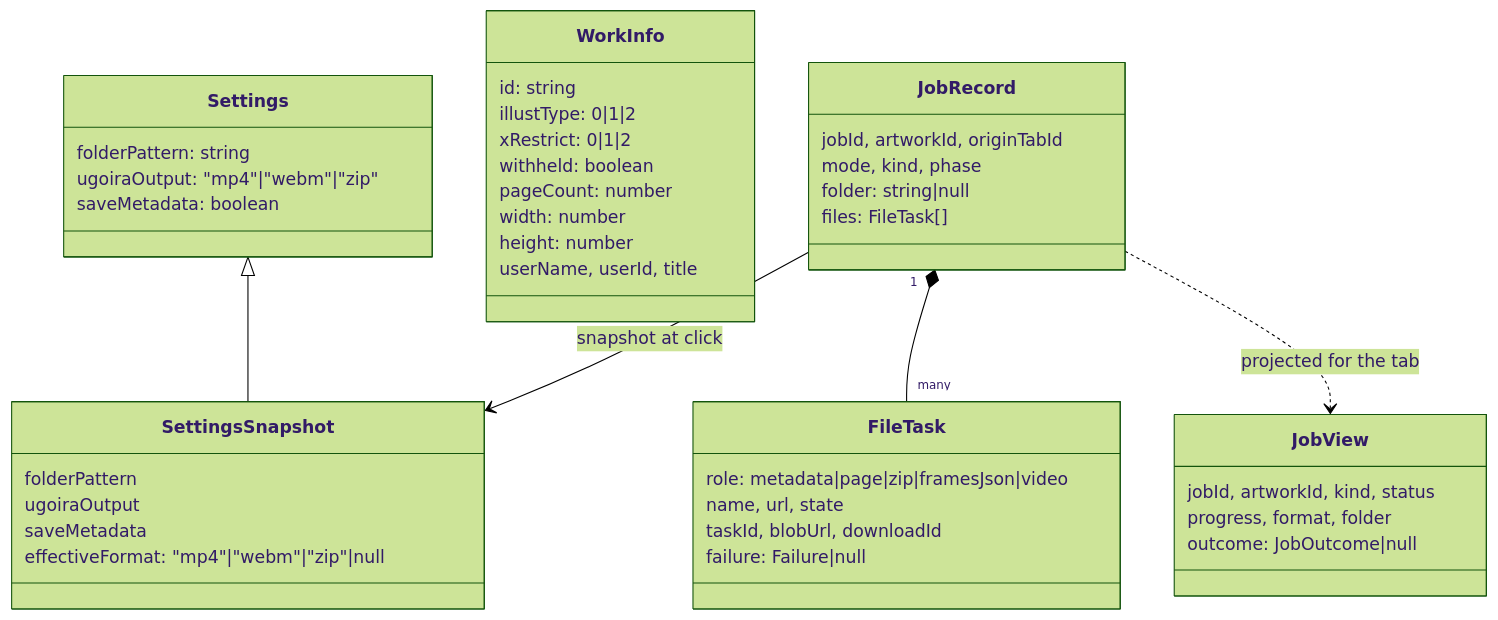
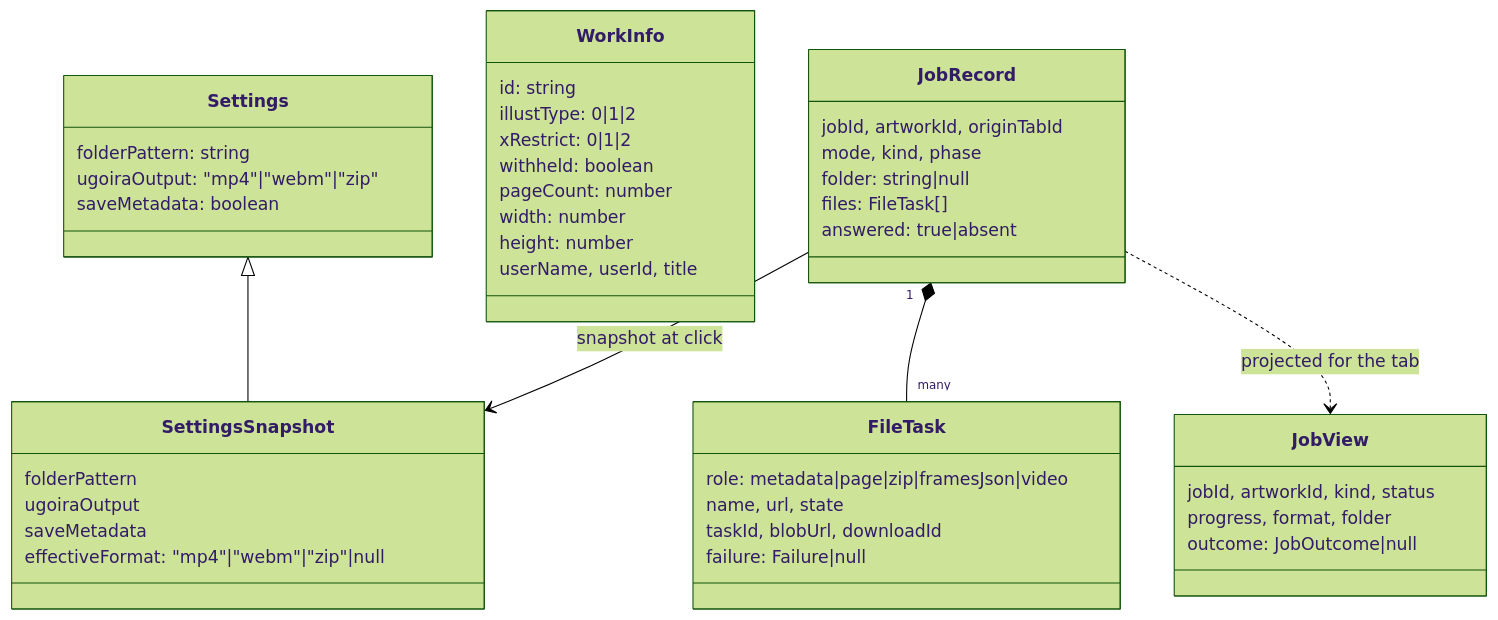
One commit to kyoicn/pixivhelper changed the second of 3 diagrams in docs/design/system.md. Above: the diagram before and after it, drawn with Mermaid (forest theme). The commit also changed other lines of this file and 8 other files, not shown here.

````diff
--- a/docs/design/system.md
+++ b/docs/design/system.md
@@ -220,45 +224,46 @@
 ```mermaid
 classDiagram
   class Settings {
     folderPattern: string
     ugoiraOutput: "mp4"|"webm"|"zip"
     saveMetadata: boolean
   }
   class SettingsSnapshot {
     folderPattern
     ugoiraOutput
     saveMetadata
     effectiveFormat: "mp4"|"webm"|"zip"|null
   }
   class WorkInfo {
     id: string
     illustType: 0|1|2
     xRestrict: 0|1|2
     withheld: boolean
     pageCount: number
     width: number
     height: number
     userName, userId, title
   }
   class JobRecord {
     jobId, artworkId, originTabId
     mode, kind, phase
     folder: string|null
     files: FileTask[]
+    answered: true|absent
   }
   class FileTask {
     role: metadata|page|zip|framesJson|video
     name, url, state
     taskId, blobUrl, downloadId
     failure: Failure|null
   }
   class JobView {
     jobId, artworkId, kind, status
     progress, format, folder
     outcome: JobOutcome|null
   }
   Settings <|-- SettingsSnapshot
   JobRecord "1" *-- "many" FileTask
   JobRecord --> SettingsSnapshot : snapshot at click
   JobRecord ..> JobView : projected for the tab
 ```
````
